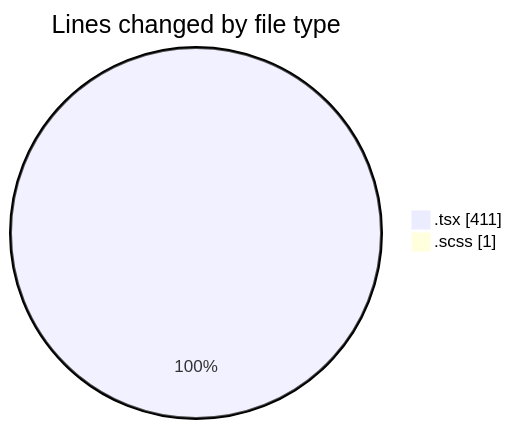
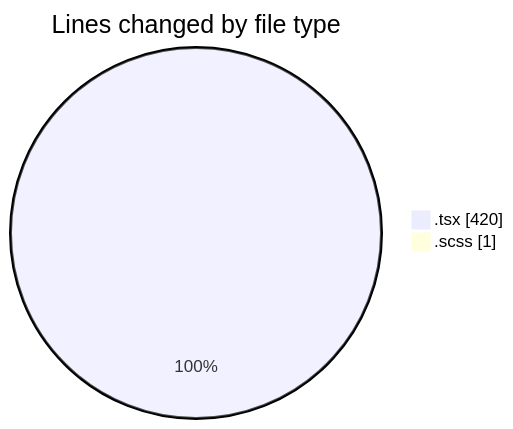
Before and after one commit to momahboobian/code-tracking: the first of 2 diagrams in 2025-03-19/cda/README.md, drawn with Mermaid. The commit also changed other lines of this file and 1 other file, not shown here.

````diff
--- a/2025-03-19/cda/README.md
+++ b/2025-03-19/cda/README.md
@@ -23,6 +23,6 @@
 ```mermaid
 pie showData
 title Lines changed by file type
-".tsx" : 411
+".tsx" : 420
 ".scss" : 1
 ```
````
